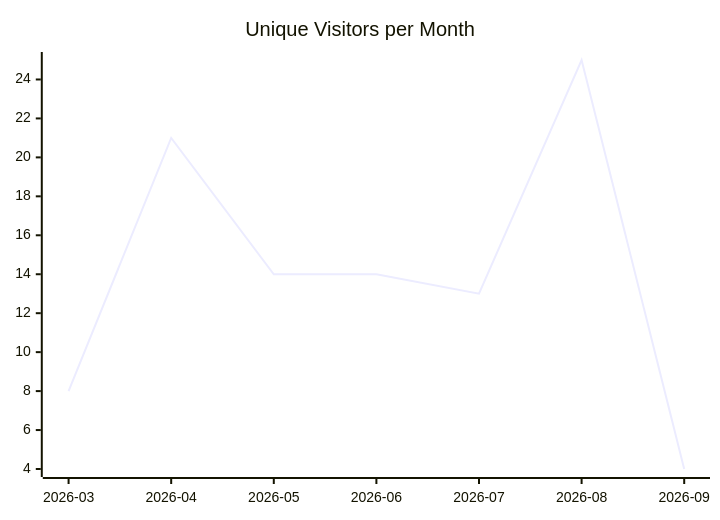
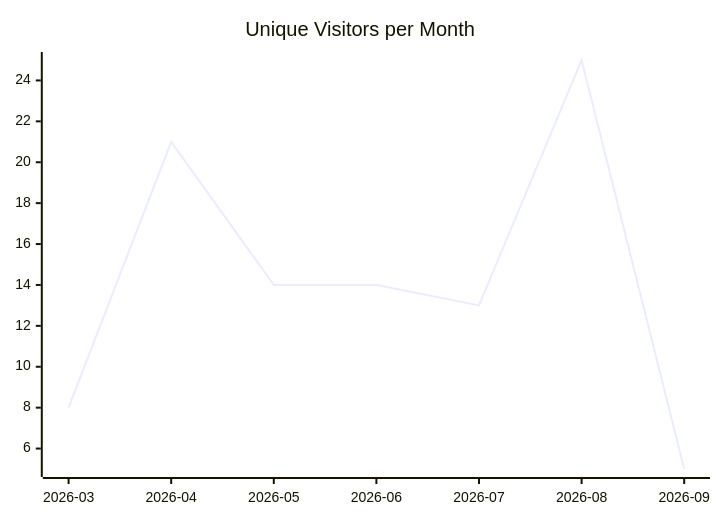
The first of 3 diagrams in karlmdavis/ksoap2-android/README.md (justdavis-family/github-analytics-data), drawn with Mermaid before and after one commit. The commit also changed other lines of this file and 191 other files, not shown here.

````diff
--- a/karlmdavis/ksoap2-android/README.md
+++ b/karlmdavis/ksoap2-android/README.md
@@ -5,6 +5,6 @@
 ```mermaid
 xychart-beta
   title "Unique Visitors per Month"
   x-axis ["2026-03", "2026-04", "2026-05", "2026-06", "2026-07", "2026-08", "2026-09"]
-  line [8, 21, 14, 14, 13, 25, 4]
+  line [8, 21, 14, 14, 13, 25, 5]
 ```
````
